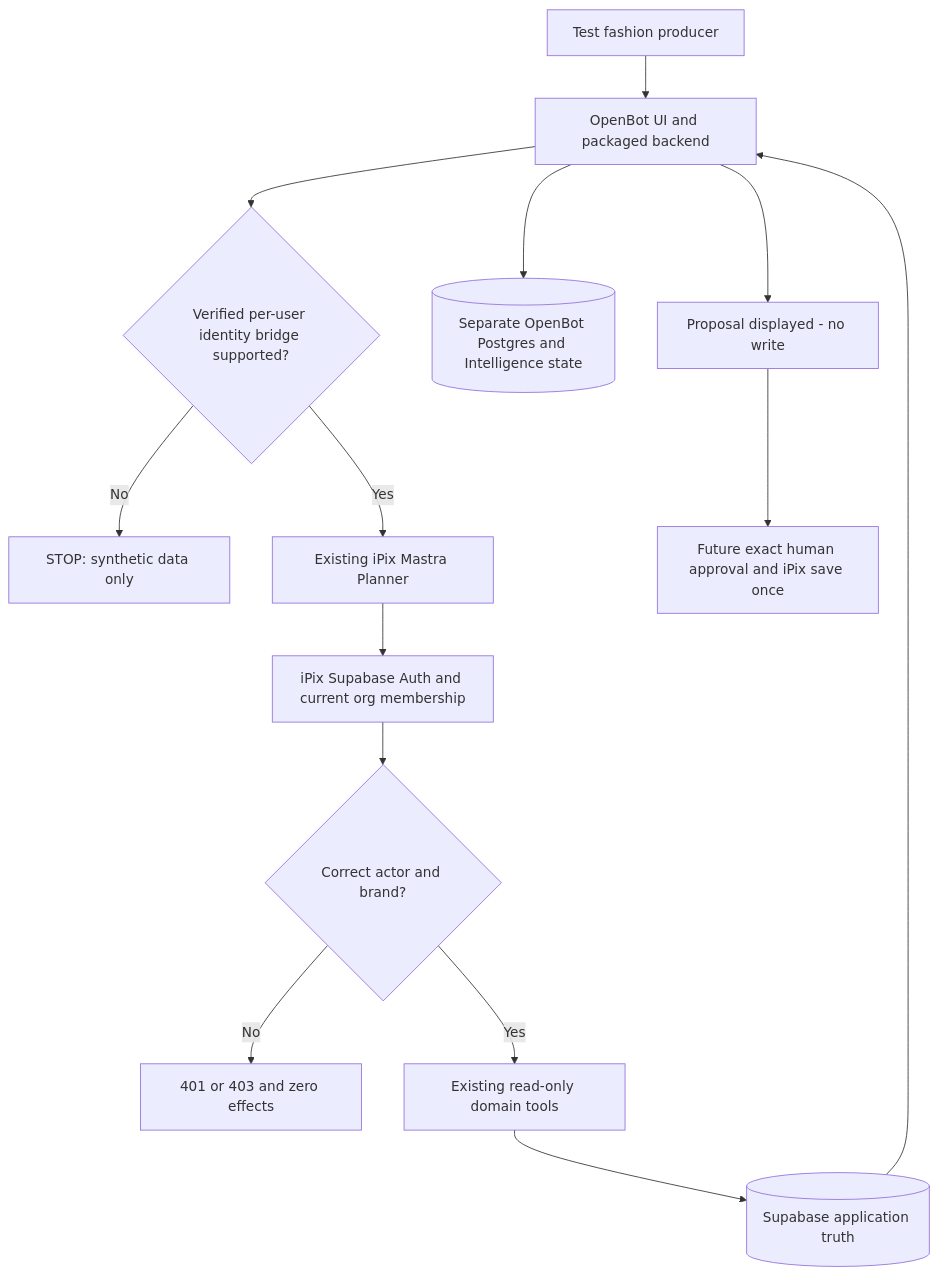
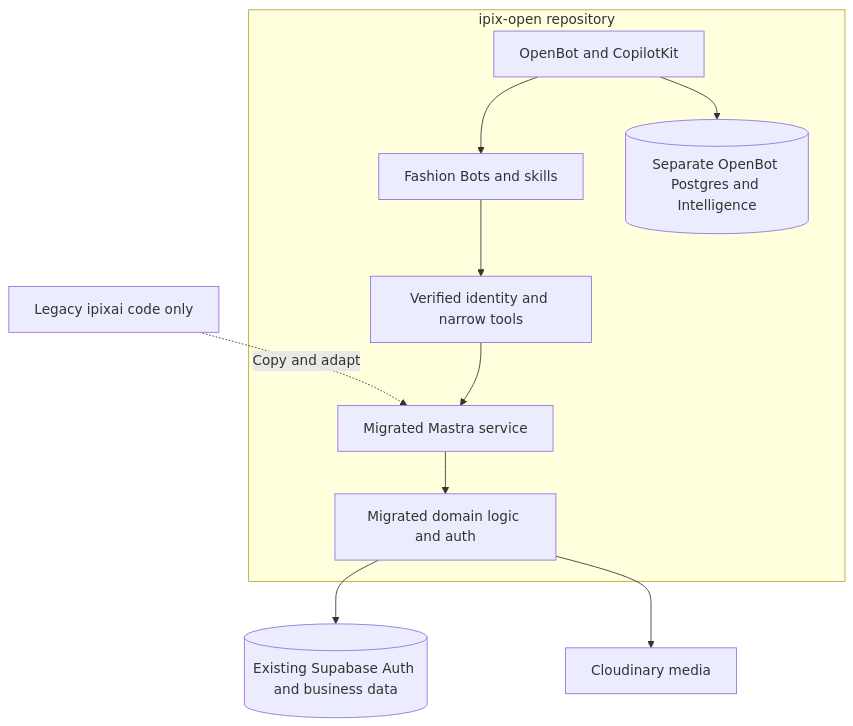
One commit to amoai-tech/ipix-open changed the first of 2 diagrams in docs/ipix/adr/001-openbot-conditional-pilot.md. Above: the diagram before and after it, drawn with Mermaid. The commit also changed other lines of this file, not shown here.

Commit message:
docs: define ipix-open as independent migration target

````diff
--- a/docs/ipix/adr/001-openbot-conditional-pilot.md
+++ b/docs/ipix/adr/001-openbot-conditional-pilot.md
@@ -27,16 +16,13 @@
 ```mermaid
 flowchart TD
-    U["Test fashion producer"] --> OB["OpenBot UI and packaged backend"]
-    OB --> Gate{"Verified per-user identity bridge supported?"}
-    Gate -- "No" --> Stop["STOP: synthetic data only"]
-    Gate -- "Yes" --> M["Existing iPix Mastra Planner"]
-    M --> Auth["iPix Supabase Auth and current org membership"]
-    Auth --> Permit{"Correct actor and brand?"}
-    Permit -- "No" --> Deny["401 or 403 and zero effects"]
-    Permit -- "Yes" --> Read["Existing read-only domain tools"]
-    Read --> DB[("Supabase application truth")]
-    DB --> OB
-    OB --> ODB[("Separate OpenBot Postgres and Intelligence state")]
-    OB --> Preview["Proposal displayed - no write"]
-    Preview --> Later["Future exact human approval and iPix save once"]
+    L["Legacy ipixai code only"] -. "Copy and adapt" .-> M
+    subgraph N["ipix-open repository"]
+        O["OpenBot and CopilotKit"] --> B["Fashion Bots and skills"]
+        B --> G["Verified identity and narrow tools"]
+        G --> M["Migrated Mastra service"]
+        M --> T["Migrated domain logic and auth"]
+        O --> W[("Separate OpenBot Postgres and Intelligence")]
+    end
+    T --> D[("Existing Supabase Auth and business data")]
+    T --> C["Cloudinary media"]
 ```
````
